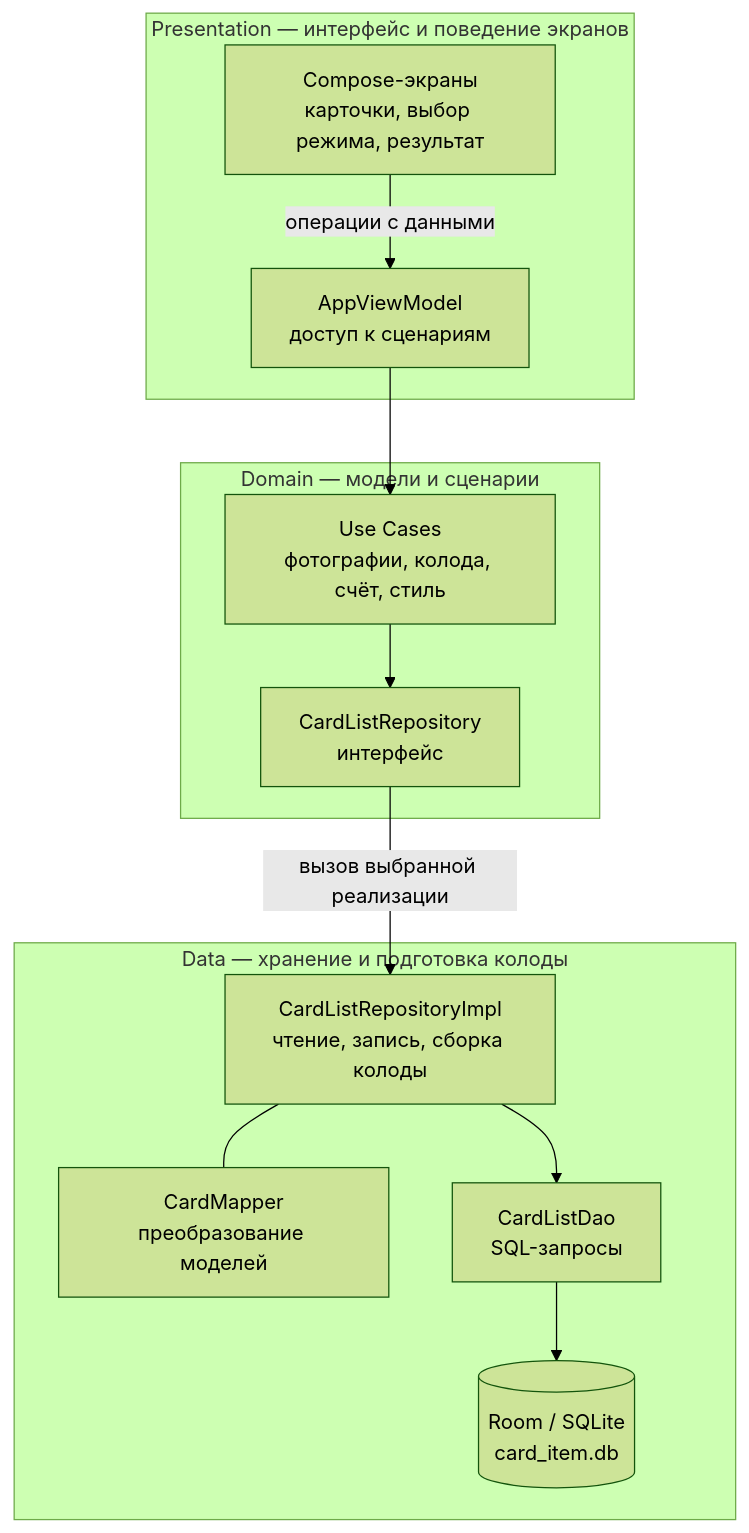
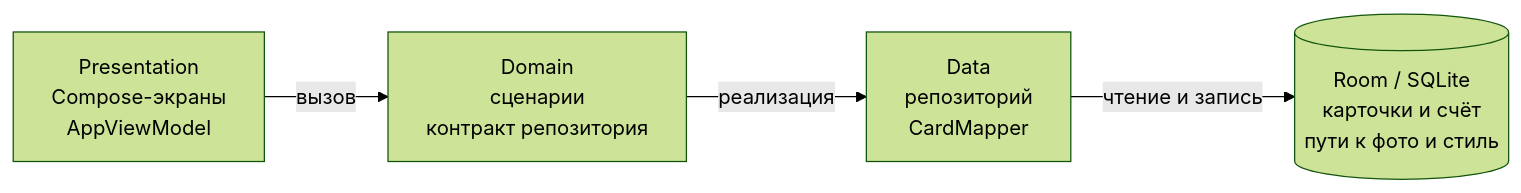
Before and after one commit to Vkuvalin/FindTheParent: the first of 2 diagrams in README.md, drawn with Mermaid (forest theme). The commit also changed other lines of this file, not shown here.

Commit message:
docs: simplify Find The Parent diagram layout

````diff
--- a/README.md
+++ b/README.md
@@ -93,24 +93,10 @@
 ```mermaid
-flowchart TB
-    subgraph P["Presentation — интерфейс и поведение экранов"]
-        UI["Compose-экраны<br/>карточки, выбор режима, результат"]
-        VM["AppViewModel<br/>доступ к сценариям"]
-        UI -->|операции с данными| VM
-    end
-    subgraph D["Domain — модели и сценарии"]
-        UC["Use Cases<br/>фотографии, колода, счёт, стиль"]
-        CONTRACT["CardListRepository<br/>интерфейс"]
-        UC --> CONTRACT
-    end
-    subgraph DATA["Data — хранение и подготовка колоды"]
-        IMPL["CardListRepositoryImpl<br/>чтение, запись, сборка колоды"]
-        MAPPER["CardMapper<br/>преобразование моделей"]
-        DAO["CardListDao<br/>SQL-запросы"]
-        DB[("Room / SQLite<br/>card_item.db")]
-        IMPL --- MAPPER
-        IMPL --> DAO
-        DAO --> DB
-    end
-    VM --> UC
-    CONTRACT -->|вызов выбранной реализации| IMPL
+flowchart LR
+    P["Presentation<br/>Compose-экраны<br/>AppViewModel"]
+    D["Domain<br/>сценарии<br/>контракт репозитория"]
+    DATA["Data<br/>репозиторий<br/>CardMapper"]
+    DB[("Room / SQLite<br/>карточки и счёт<br/>пути к фото и стиль")]
+    P -->|вызов| D
+    D -->|реализация| DATA
+    DATA -->|чтение и запись| DB
 ```
````
